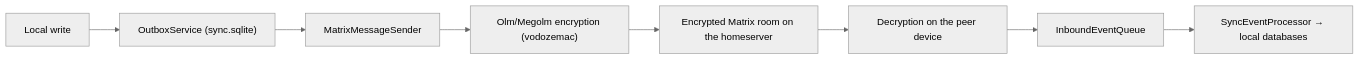
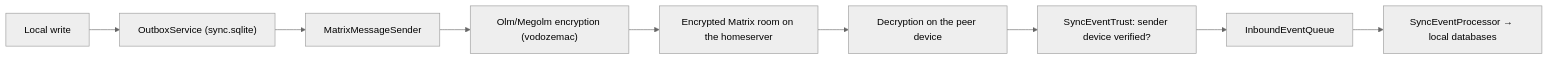
One commit to matthiasn/lotti changed the diagram in knowledge/architecture/security-and-privacy.md. Above: the diagram before and after it, drawn with Mermaid (neutral theme). The commit also changed other lines of this file and 47 other files, not shown here.

First line of the commit message:
fix(sync): accept inbound events only from key-sharing devices

````diff
--- a/knowledge/architecture/security-and-privacy.md
+++ b/knowledge/architecture/security-and-privacy.md
@@ -110,10 +114,11 @@
 ```mermaid
 flowchart LR
   Local["Local write"] --> Outbox["OutboxService (sync.sqlite)"]
   Outbox --> Sender["MatrixMessageSender"]
   Sender --> Enc["Olm/Megolm encryption (vodozemac)"]
   Enc --> Room["Encrypted Matrix room on the homeserver"]
   Room --> Dec["Decryption on the peer device"]
-  Dec --> Queue["InboundEventQueue"]
+  Dec --> Trust["SyncEventTrust: sender device verified?"]
+  Trust --> Queue["InboundEventQueue"]
   Queue --> Apply["SyncEventProcessor → local databases"]
 ```
````
